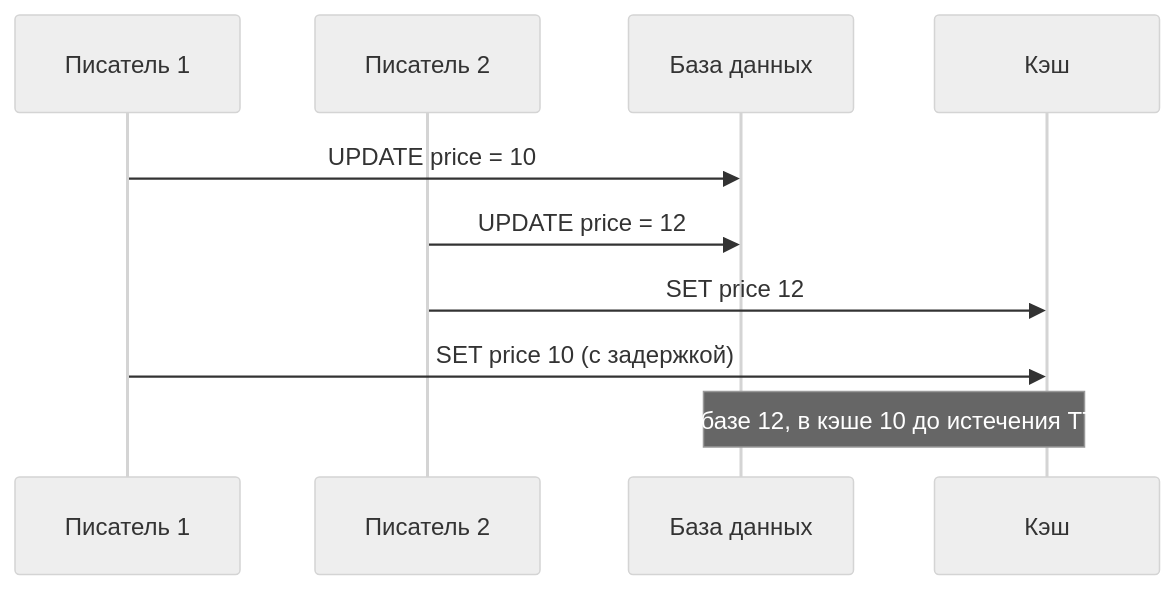
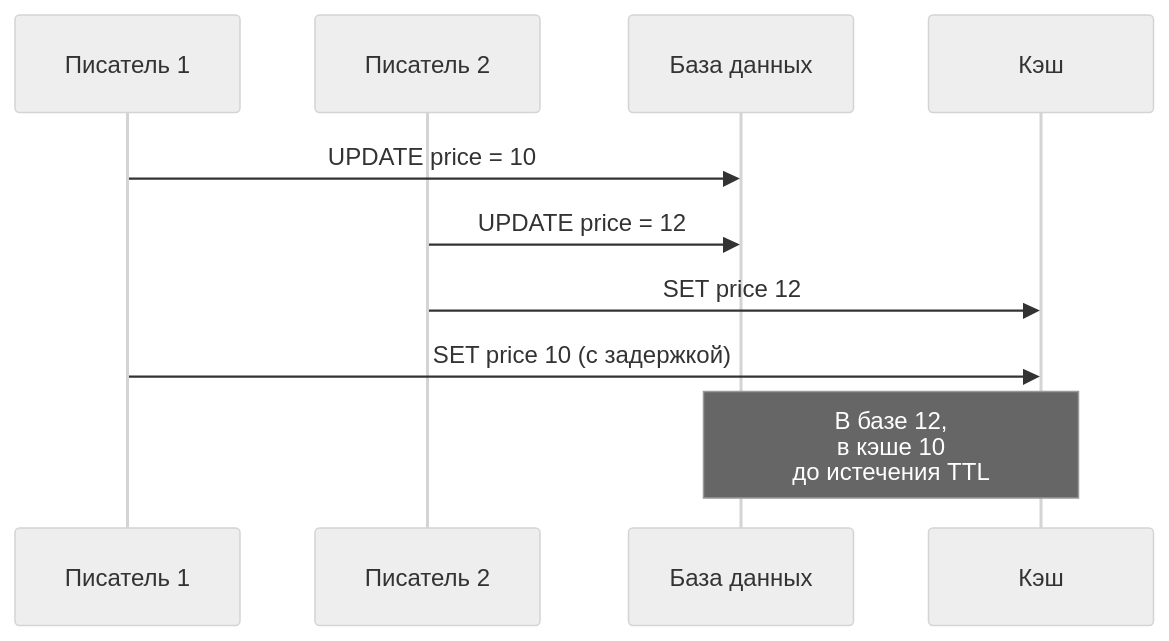
Before and after one commit to butyavk/system-design: the seventh of 7 diagrams in src/content/docs/ru/caching/cache-strategies.mdx, drawn with Mermaid (neutral theme). The commit also changed other lines of this file and 117 other files, not shown here.

````diff
--- a/src/content/docs/ru/caching/cache-strategies.mdx
+++ b/src/content/docs/ru/caching/cache-strategies.mdx
@@ -304,12 +304,12 @@
 ```mermaid
 sequenceDiagram
   participant W1 as Писатель 1
   participant W2 as Писатель 2
   participant D as База данных
   participant C as Кэш
   W1->>D: UPDATE price = 10
   W2->>D: UPDATE price = 12
   W2->>C: SET price 12
   W1->>C: SET price 10 (с задержкой)
-  Note over D,C: В базе 12, в кэше 10 до истечения TTL
+  Note over D,C: В базе 12,<br/>в кэше 10<br/>до истечения TTL
 ```
````
